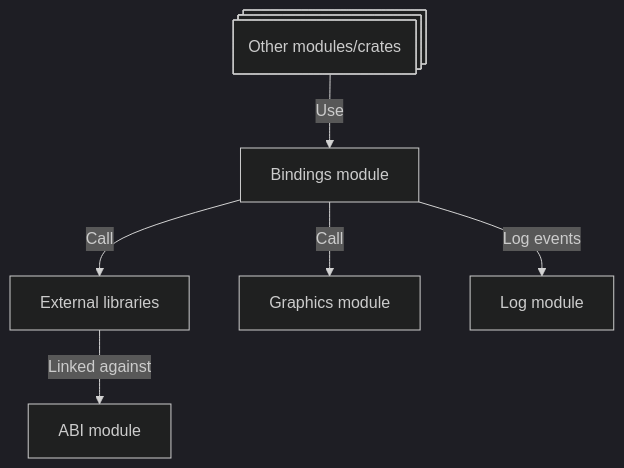
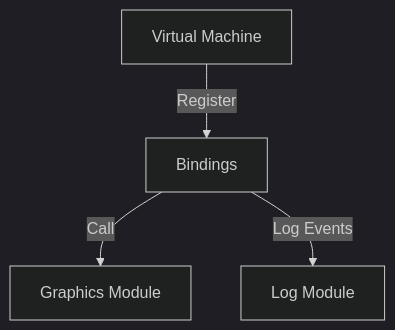
The first of 2 diagrams in src/guide/architecture/modules/bindings.md (Xila-Project/Website), drawn with Mermaid (dark theme) before and after one commit. The commit also changed other lines of this file, not shown here.

Commit message:
fix: improve clarity and consistency in Bindings module documentation

````diff
--- a/src/guide/architecture/modules/bindings.md
+++ b/src/guide/architecture/modules/bindings.md
@@ -21,9 +32,7 @@
 ```mermaid
 graph TD
-    A@{ shape: processes, label: "Other modules/crates" }
-    A -->|Use| B[Bindings module]
-    B -->|Call| External_libraries[External libraries]
-    External_libraries -->|Linked against| ABI[ABI module]
-    B -->|Call| Graphics_module[Graphics module]
-    B -->|Log events| Log_module[Log module]
+    B[Bindings]
+    B -->|Call| Graphics_module[Graphics Module]
+    B -->|Log Events| Log_module[Log Module]
+    Virtual_machine[Virtual Machine] -->|Register| B
 ```
````
